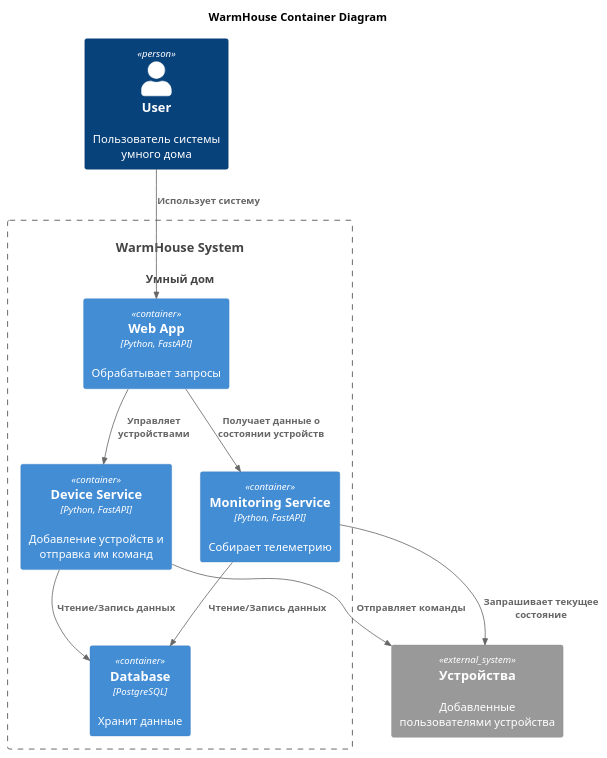
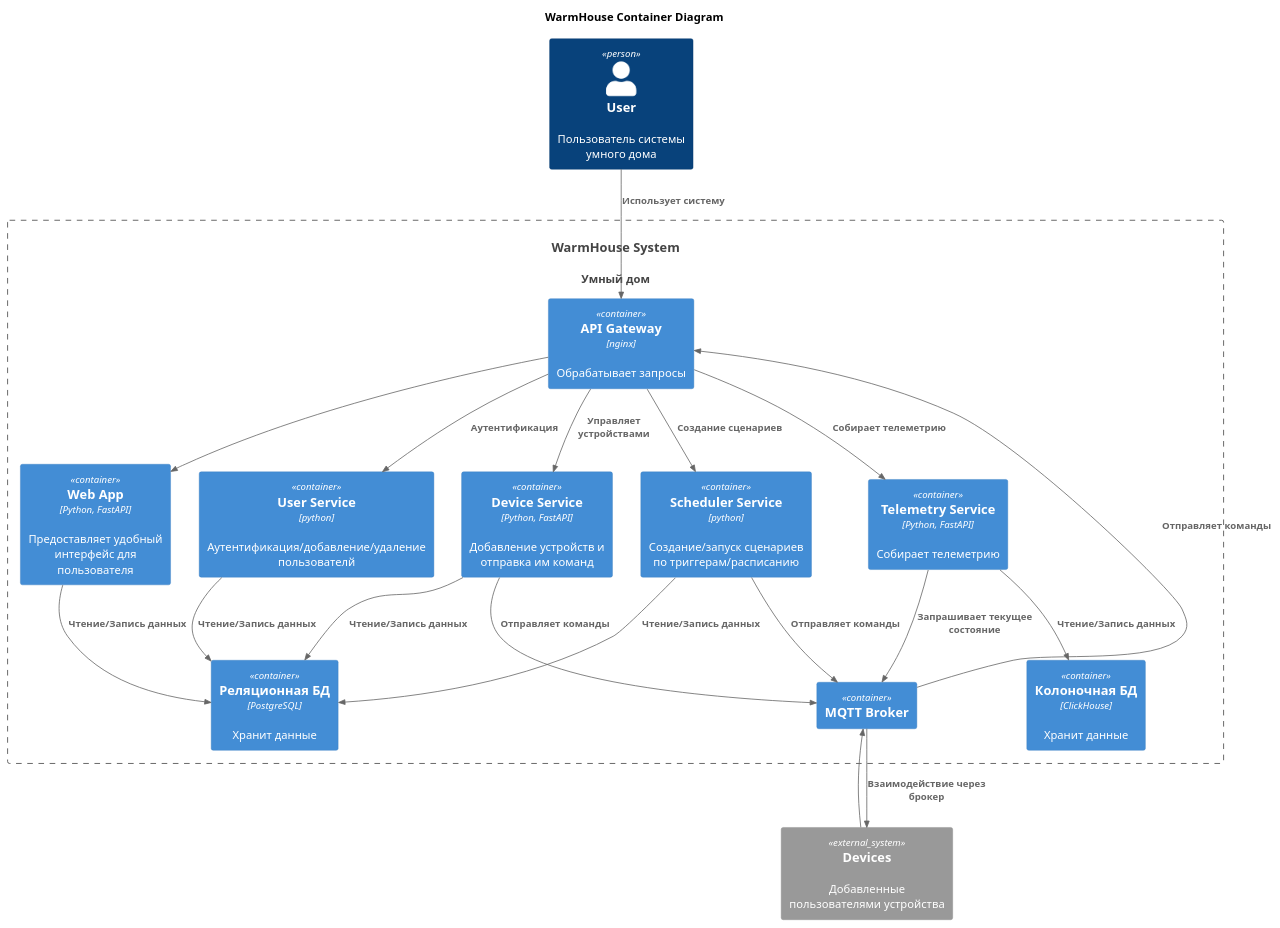
Before and after one commit to smirnov-alex-404/architecture-warmhouse: the diagram in diagrams/Container.puml, drawn with PlantUML.

Commit message:
HW - Sprint [01] - C4 Container diagram fixed

```diff
--- a/diagrams/Container.puml
+++ b/diagrams/Container.puml
@@ -1,29 +1,49 @@
 @startuml
 title WarmHouse Container Diagram
 
 !includeurl https://raw.githubusercontent.com/RicardoNiepel/C4-PlantUML/master/C4_Component.puml
 
 
-Person(user, "User", "Пользователь системы умного дома")
+Person(User, "User", "Пользователь системы умного дома")
 System(WarmHouseSystem, "WarmHouse System", "Умный дом")
 
 Container_Boundary(WarmHouseSystem, "WarmHouse System") {
-  Container(WebApp, "Web App", "Python, FastAPI", "Обрабатывает запросы")
+  Container(Gateway, "API Gateway", "nginx", "Обрабатывает запросы")
+  Container(UserService, "User Service", "python", "Аутентификация/добавление/удаление пользователй")
+  Container(Scheduler, "Scheduler Service", "python", "Создание/запуск сценариев по триггерам/расписанию")
+  Container(WebApp, "Web App", "Python, FastAPI", "Предоставляет удобный интерфейс для пользователя")
   Container(DeviceApp, "Device Service", "Python, FastAPI", "Добавление устройств и отправка им команд")
-  Container(MonitoringApp, "Monitoring Service", "Python, FastAPI", "Собирает телеметрию")
-  Container(Database, "Database", "PostgreSQL", "Хранит данные")
+  Container(TelemetryService, "Telemetry Service", "Python, FastAPI", "Собирает телеметрию")
+  Container(Database, "Реляционная БД", "PostgreSQL", "Хранит данные")
+  Container(DatabaseClickHouse, "Колоночная БД", "ClickHouse", "Хранит данные")
+  Container(MessageBroker, "MQTT Broker")
 }
 
+System_Ext(Device, "Devices", "Добавленные пользователями устройства")
 
-System_Ext(Device, "Устройства", "Добавленные пользователями устройства")
+Rel(User, Gateway, "Использует систему")
+Rel(Gateway, WebApp, "")
+Rel(Gateway, UserService, "Аутентификация")
+Rel(Gateway, Scheduler, "Создание сценариев")
+Rel(Gateway, DeviceApp, "Управляет устройствами")
+Rel(Gateway, TelemetryService, "Собирает телеметрию")
 
-Rel(user, WebApp, "Использует систему")
-Rel(WebApp, DeviceApp, "Управляет устройствами")
-Rel(WebApp, MonitoringApp, "Получает данные о состоянии устройств")
+Rel(UserService, Database, "Чтение/Запись данных")
+Rel(Scheduler, Database, "Чтение/Запись данных")
+Rel(Scheduler, MessageBroker, "Отправляет команды")
+Rel(WebApp, Database, "Чтение/Запись данных")
+Rel(DeviceApp, Database, "Чтение/Запись данных")
+Rel(TelemetryService, DatabaseClickHouse, "Чтение/Запись данных")
 
-Rel(DeviceApp, Database, "Чтение/Запись данных")
-Rel(MonitoringApp, Database, "Чтение/Запись данных")
-Rel(DeviceApp, Device, "Отправляет команды")
-Rel(MonitoringApp, Device, "Запрашивает текущее состояние")
+Rel(MessageBroker, Gateway, "Отправляет команды")
+
+
+
+Rel(DeviceApp, MessageBroker, "Отправляет команды")
+Rel(TelemetryService, MessageBroker, "Запрашивает текущее состояние")
+
+
+Rel(MessageBroker, Device, "Взаимодействие через брокер")
+Rel(Device, MessageBroker, "")
 
 @enduml
```
